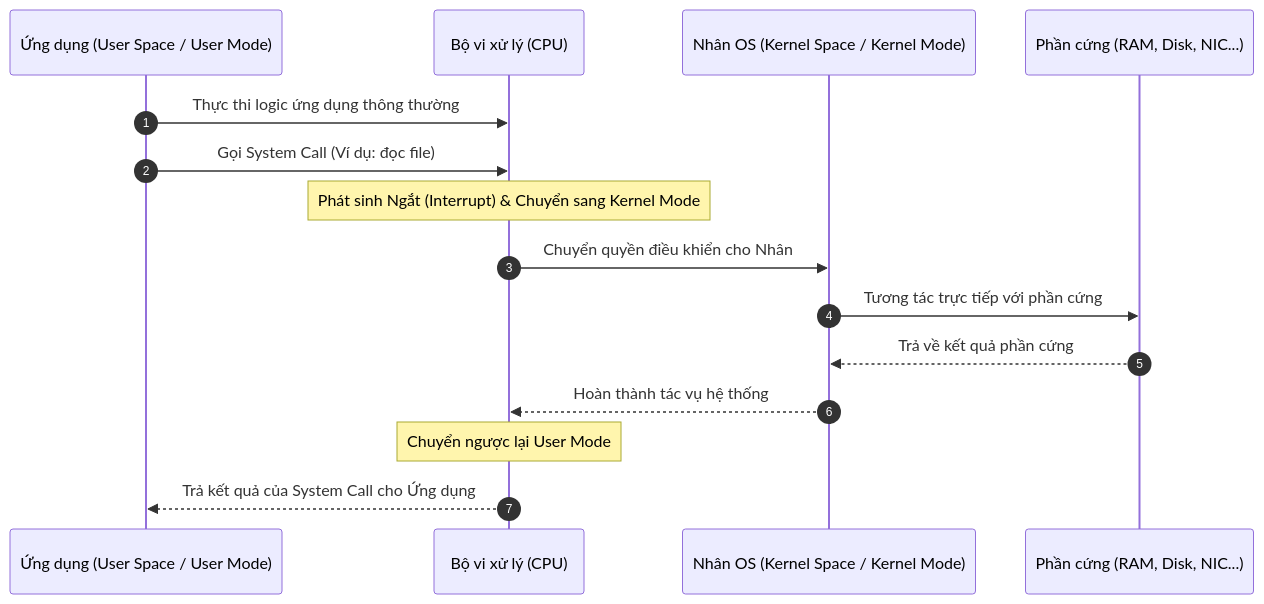
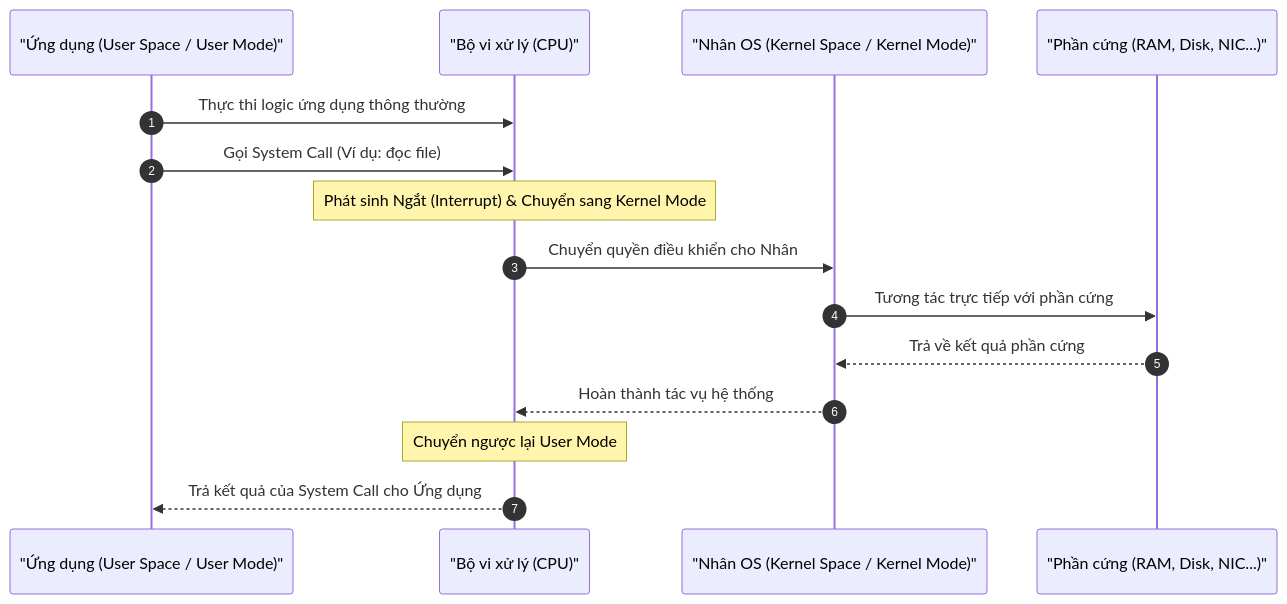
Before and after one commit to daoductam/advanced-backend-docs: the first of 5 diagrams in 15.operating-system/README.md, drawn with Mermaid. The commit also changed other lines of this file, not shown here.

````diff
--- a/15.operating-system/README.md
+++ b/15.operating-system/README.md
@@ -79,18 +79,18 @@
 ```mermaid
 sequenceDiagram
     autonumber
-    participant App as Ứng dụng (User Space / User Mode)
-    participant CPU as Bộ vi xử lý (CPU)
-    participant Kernel as Nhân OS (Kernel Space / Kernel Mode)
-    participant HW as Phần cứng (RAM, Disk, NIC...)
+    participant App as "Ứng dụng (User Space / User Mode)"
+    participant CPU as "Bộ vi xử lý (CPU)"
+    participant Kernel as "Nhân OS (Kernel Space / Kernel Mode)"
+    participant HW as "Phần cứng (RAM, Disk, NIC...)"
 
     App->>CPU: Thực thi logic ứng dụng thông thường
     App->>CPU: Gọi System Call (Ví dụ: đọc file)
     Note over CPU: Phát sinh Ngắt (Interrupt) & Chuyển sang Kernel Mode
     CPU->>Kernel: Chuyển quyền điều khiển cho Nhân
     Kernel->>HW: Tương tác trực tiếp với phần cứng
     HW-->>Kernel: Trả về kết quả phần cứng
     Kernel-->>CPU: Hoàn thành tác vụ hệ thống
     Note over CPU: Chuyển ngược lại User Mode
     CPU-->>App: Trả kết quả của System Call cho Ứng dụng
 ```
````
